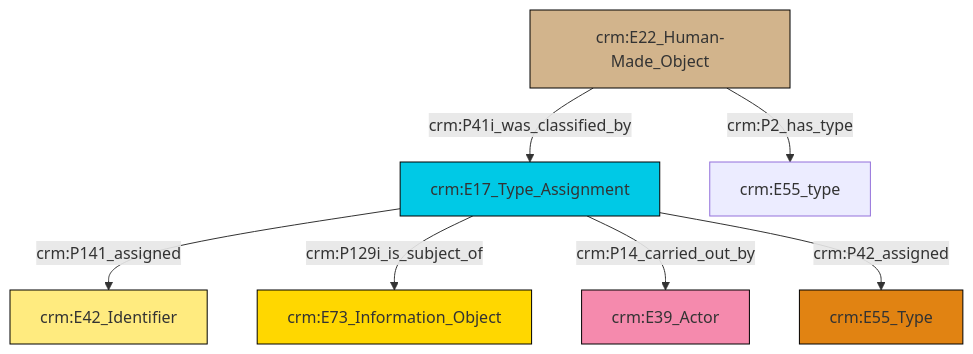
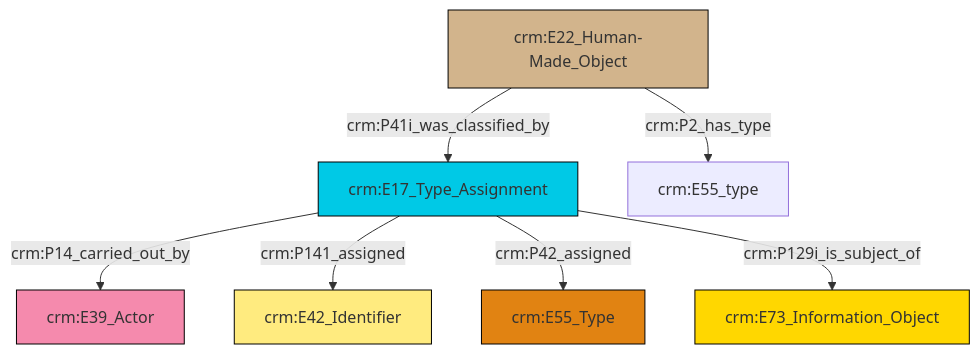
One commit to swiss-art-research-net/reference-data-models changed the diagram in et/builtWorkCSV/ttl/mmd/Built_Work_designation_status.ttl.mmd. Above: the diagram before and after it, drawn with Mermaid. The commit also changed 125 other files, not shown here.

```diff
--- a/et/builtWorkCSV/ttl/mmd/Built_Work_designation_status.ttl.mmd
+++ b/et/builtWorkCSV/ttl/mmd/Built_Work_designation_status.ttl.mmd
@@ -1,21 +1,21 @@
 graph TD
 classDef Literal fill:#f2f2f2,stroke:#000000;
 classDef CRM_Entity fill:#FFFFFF,stroke:#000000;
 classDef Temporal_Entity fill:#00C9E6, stroke:#000000;
 classDef Type fill:#E18312, stroke:#000000;
 classDef Time-Span fill:#2C9C91, stroke:#000000;
 classDef Appellation fill:#FFEB7F, stroke:#000000;
 classDef Place fill:#008836, stroke:#000000;
 classDef Persistent_Item fill:#B266B2, stroke:#000000;
 classDef Conceptual_Object fill:#FFD700, stroke:#000000;
 classDef Physical_Thing fill:#D2B48C, stroke:#000000;
 classDef Actor fill:#f58aad, stroke:#000000;
 classDef PC_Classes fill:#4ce600, stroke:#000000;
 classDef Multi fill:#cccccc,stroke:#000000;
 
-0["crm:E17_Type_Assignment"]:::Temporal_Entity -->|crm:P141_assigned| 1["crm:E42_Identifier"]:::Appellation
-0["crm:E17_Type_Assignment"]:::Temporal_Entity -->|crm:P129i_is_subject_of| 2["crm:E73_Information_Object"]:::Conceptual_Object
-4["crm:E22_Human-Made_Object"]:::Physical_Thing -->|crm:P2_has_type| 5["crm:E55_type"]:::Default
-0["crm:E17_Type_Assignment"]:::Temporal_Entity -->|crm:P14_carried_out_by| 8["crm:E39_Actor"]:::Actor
-0["crm:E17_Type_Assignment"]:::Temporal_Entity -->|crm:P42_assigned| 6["crm:E55_Type"]:::Type
-4["crm:E22_Human-Made_Object"]:::Physical_Thing -->|crm:P41i_was_classified_by| 0["crm:E17_Type_Assignment"]:::Temporal_Entity
+2["crm:E22_Human-Made_Object"]:::Physical_Thing -->|crm:P41i_was_classified_by| 4["crm:E17_Type_Assignment"]:::Temporal_Entity
+4["crm:E17_Type_Assignment"]:::Temporal_Entity -->|crm:P14_carried_out_by| 5["crm:E39_Actor"]:::Actor
+2["crm:E22_Human-Made_Object"]:::Physical_Thing -->|crm:P2_has_type| 12["crm:E55_type"]:::Default
+4["crm:E17_Type_Assignment"]:::Temporal_Entity -->|crm:P141_assigned| 8["crm:E42_Identifier"]:::Appellation
+4["crm:E17_Type_Assignment"]:::Temporal_Entity -->|crm:P42_assigned| 0["crm:E55_Type"]:::Type
+4["crm:E17_Type_Assignment"]:::Temporal_Entity -->|crm:P129i_is_subject_of| 10["crm:E73_Information_Object"]:::Conceptual_Object
```
